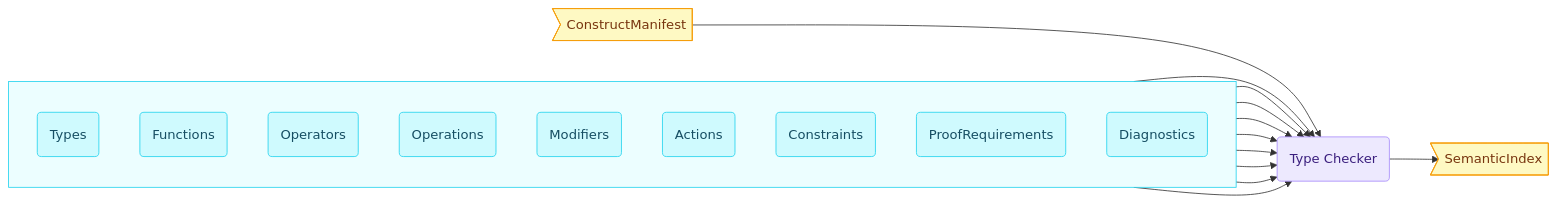
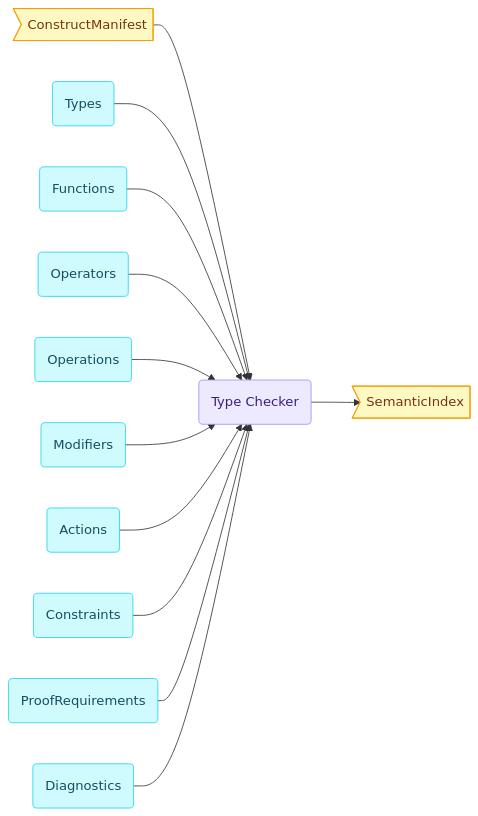
One commit to sfalik/Precept changed the fourth of 10 diagrams in docs/compiler-and-runtime-design.md. Above: the diagram before and after it, drawn with Mermaid. The commit also changed other lines of this file, not shown here.

First line of the commit message:
docs: remove subgraph wrappers from catalog nodes in per-stage pipeline diagrams

````diff
--- a/docs/compiler-and-runtime-design.md
+++ b/docs/compiler-and-runtime-design.md
@@ -397,38 +392,33 @@
 ```mermaid
 flowchart LR
     classDef input   fill:#dbeafe,stroke:#60a5fa,color:#1e3a5f
     classDef catalog fill:#cffafe,stroke:#22d3ee,color:#164e63
     classDef stage   fill:#ede9fe,stroke:#a78bfa,color:#3b1f7e
     classDef out     fill:#fef9c3,stroke:#f59e0b,color:#78350f
 
     ST>"ConstructManifest"]:::out
     TC(Type Checker):::stage
     OUT>"SemanticIndex"]:::out
 
-    subgraph CATS[" "]
-        direction TB
-        CTYP("Types"):::catalog
-        CFUN("Functions"):::catalog
-        COPR("Operators"):::catalog
-        COPN("Operations"):::catalog
-        CMOD("Modifiers"):::catalog
-        CACT("Actions"):::catalog
-        CCST("Constraints"):::catalog
-        CPRQ("ProofRequirements"):::catalog
-        CDIA("Diagnostics"):::catalog
-    end
-
-    style CATS fill:#ecfeff,stroke:#22d3ee,color:#164e63
+    CTYP(Types):::catalog
+    CFUN(Functions):::catalog
+    COPR(Operators):::catalog
+    COPN(Operations):::catalog
+    CMOD(Modifiers):::catalog
+    CACT(Actions):::catalog
+    CCST(Constraints):::catalog
+    CPRQ(ProofRequirements):::catalog
+    CDIA(Diagnostics):::catalog
 
     ST --> TC
     CTYP --> TC
     CFUN --> TC
     COPR --> TC
     COPN --> TC
     CMOD --> TC
     CACT --> TC
     CCST --> TC
     CPRQ --> TC
     CDIA --> TC
     TC --> OUT
 ```
````
